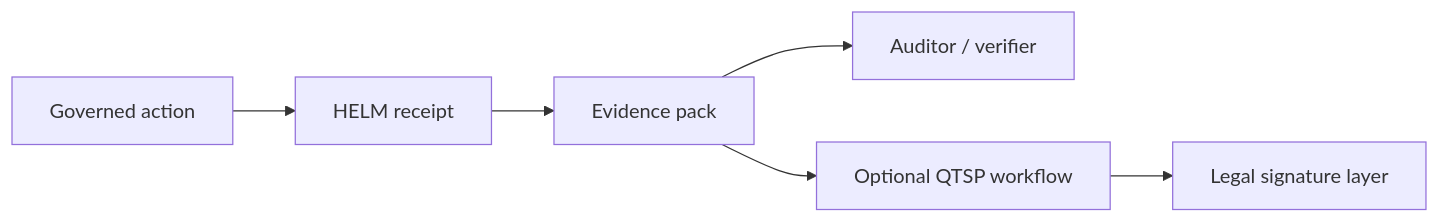
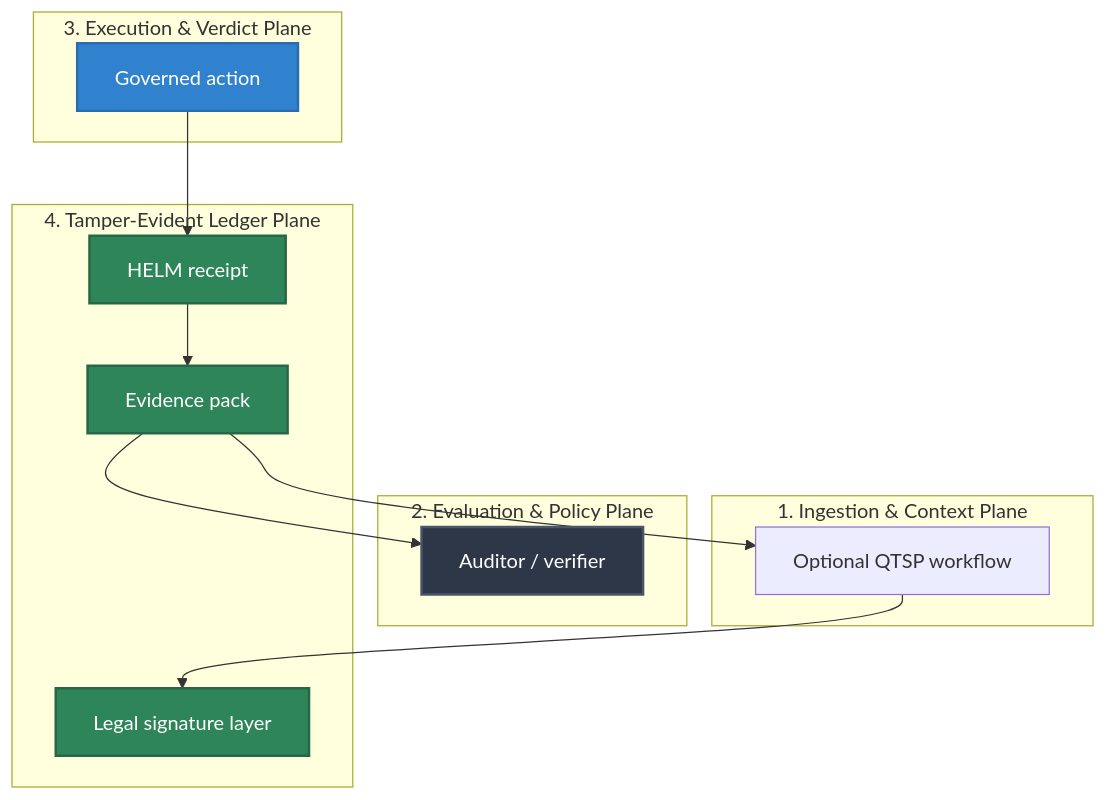
The diagram in docs/architecture/eidas-qtsp.md (Mindburn-Labs/helm-ai-kernel), drawn with Mermaid before and after one commit. The commit also changed other lines of this file and 330 other files, not shown here.

````diff
--- a/docs/architecture/eidas-qtsp.md
+++ b/docs/architecture/eidas-qtsp.md
@@ -207,8 +207,34 @@
 ```mermaid
-flowchart LR
-  action["Governed action"] --> receipt["HELM receipt"]
-  receipt --> evidence["Evidence pack"]
-  evidence --> auditor["Auditor / verifier"]
-  evidence --> qtsp["Optional QTSP workflow"]
-  qtsp --> legal["Legal signature layer"]
+flowchart TD
+    subgraph Ingestion["1. Ingestion & Context Plane"]
+        qtsp["Optional QTSP workflow"]
+    end
+
+    subgraph Evaluation["2. Evaluation & Policy Plane"]
+        auditor["Auditor / verifier"]
+    end
+
+    subgraph Execution["3. Execution & Verdict Plane"]
+        action["Governed action"]
+    end
+
+    subgraph Ledger["4. Tamper-Evident Ledger Plane"]
+        receipt["HELM receipt"]
+        evidence["Evidence pack"]
+        legal["Legal signature layer"]
+    end
+
+    %% Operational Flow Edges
+    action --> receipt
+    receipt --> evidence
+    evidence --> auditor
+    evidence --> qtsp
+    qtsp --> legal
+
+    %% Premium Styling Rules
+    style action fill:#3182ce,stroke:#2b6cb0,stroke-width:2px,color:#fff
+    style receipt fill:#2f855a,stroke:#276749,stroke-width:2px,color:#fff
+    style evidence fill:#2f855a,stroke:#276749,stroke-width:2px,color:#fff
+    style auditor fill:#2d3748,stroke:#4a5568,stroke-width:2px,color:#fff
+    style legal fill:#2f855a,stroke:#276749,stroke-width:2px,color:#fff
 ```
````
